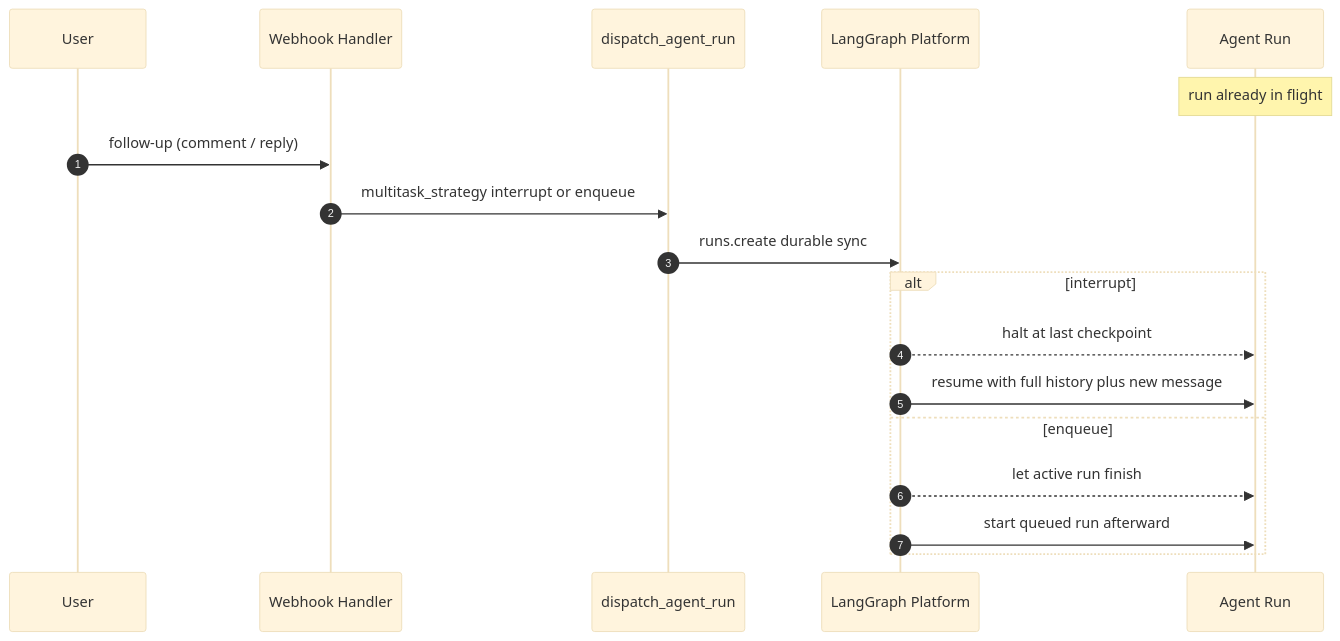
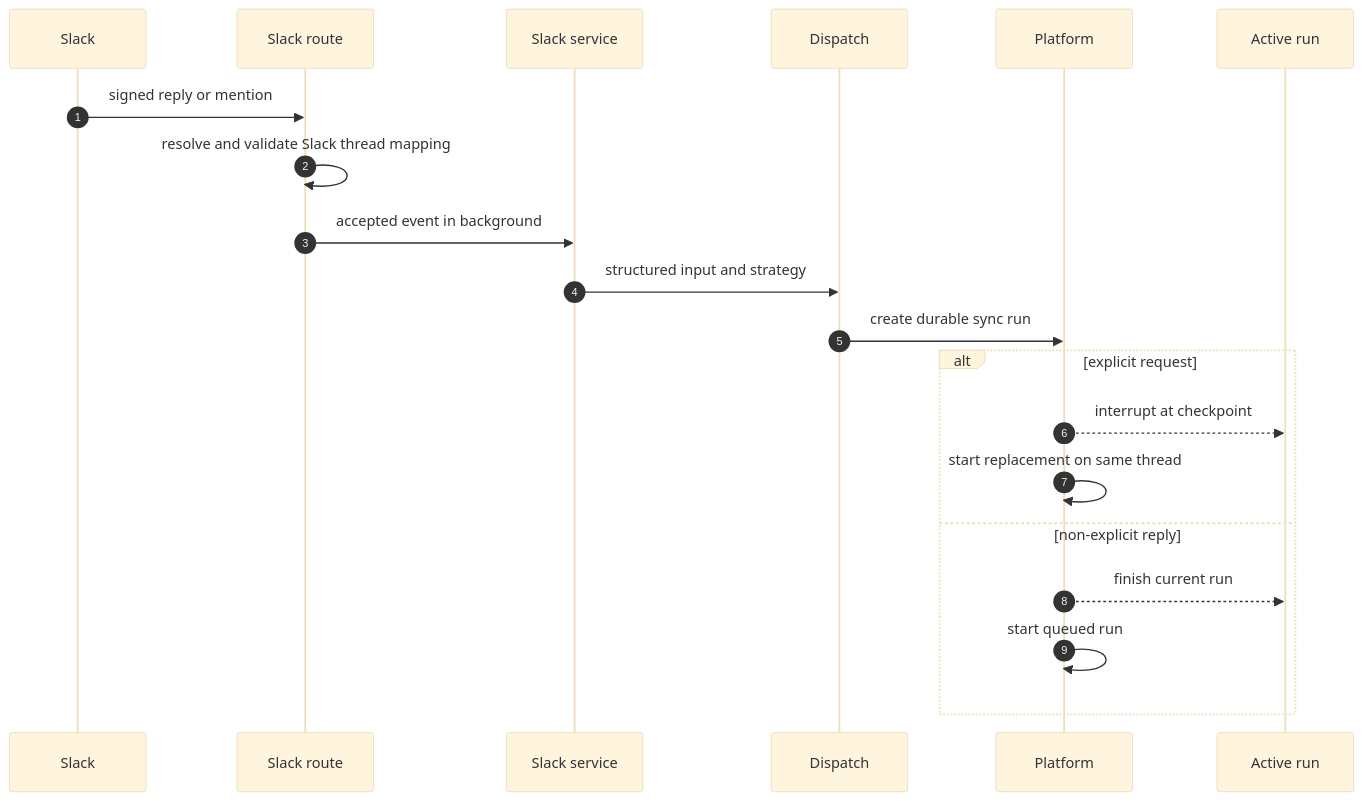
One commit to langchain-ai/open-swe changed the first of 3 diagrams in openwiki/workflows/follow-up-messages.md. Above: the diagram before and after it, drawn with Mermaid (base theme). The commit also changed other lines of this file and 52 other files, not shown here.

````diff
--- a/openwiki/workflows/follow-up-messages.md
+++ b/openwiki/workflows/follow-up-messages.md
@@ -77,21 +57,23 @@
 ```mermaid
 sequenceDiagram
     autonumber
-    participant User
-    participant Webhook as Webhook Handler
-    participant Dispatch as dispatch_agent_run
-    participant Platform as LangGraph Platform
-    participant Agent as Agent Run
+    participant Slack
+    participant Route as Slack route
+    participant Service as Slack service
+    participant Dispatch
+    participant Platform
+    participant Active as Active run
 
-    Note over Agent: run already in flight
-    User->>Webhook: follow-up (comment / reply)
-    Webhook->>Dispatch: multitask_strategy interrupt or enqueue
-    Dispatch->>Platform: runs.create durable sync
-    alt interrupt
-        Platform-->>Agent: halt at last checkpoint
-        Platform->>Agent: resume with full history plus new message
-    else enqueue
-        Platform-->>Agent: let active run finish
-        Platform->>Agent: start queued run afterward
+    Slack->>Route: signed reply or mention
+    Route->>Route: resolve and validate Slack thread mapping
+    Route->>Service: accepted event in background
+    Service->>Dispatch: structured input and strategy
+    Dispatch->>Platform: create durable sync run
+    alt explicit request
+        Platform-->>Active: interrupt at checkpoint
+        Platform->>Platform: start replacement on same thread
+    else non-explicit reply
+        Platform-->>Active: finish current run
+        Platform->>Platform: start queued run
     end
 ```
````
